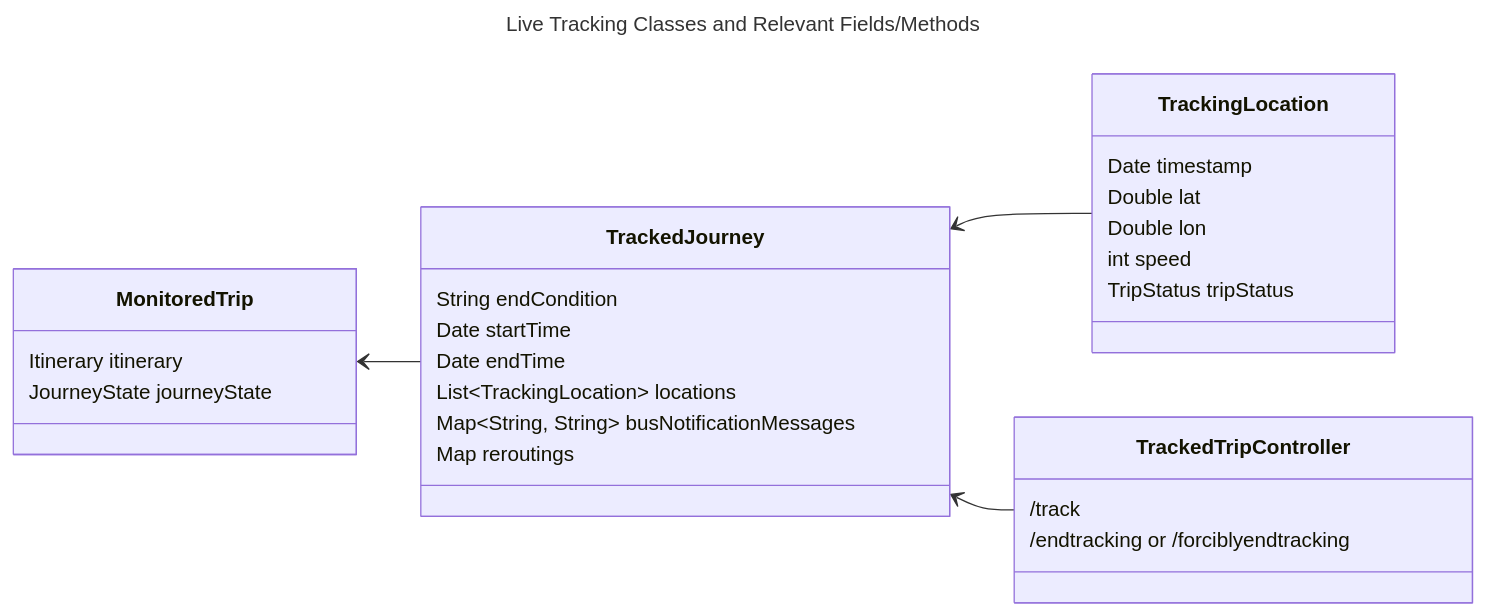
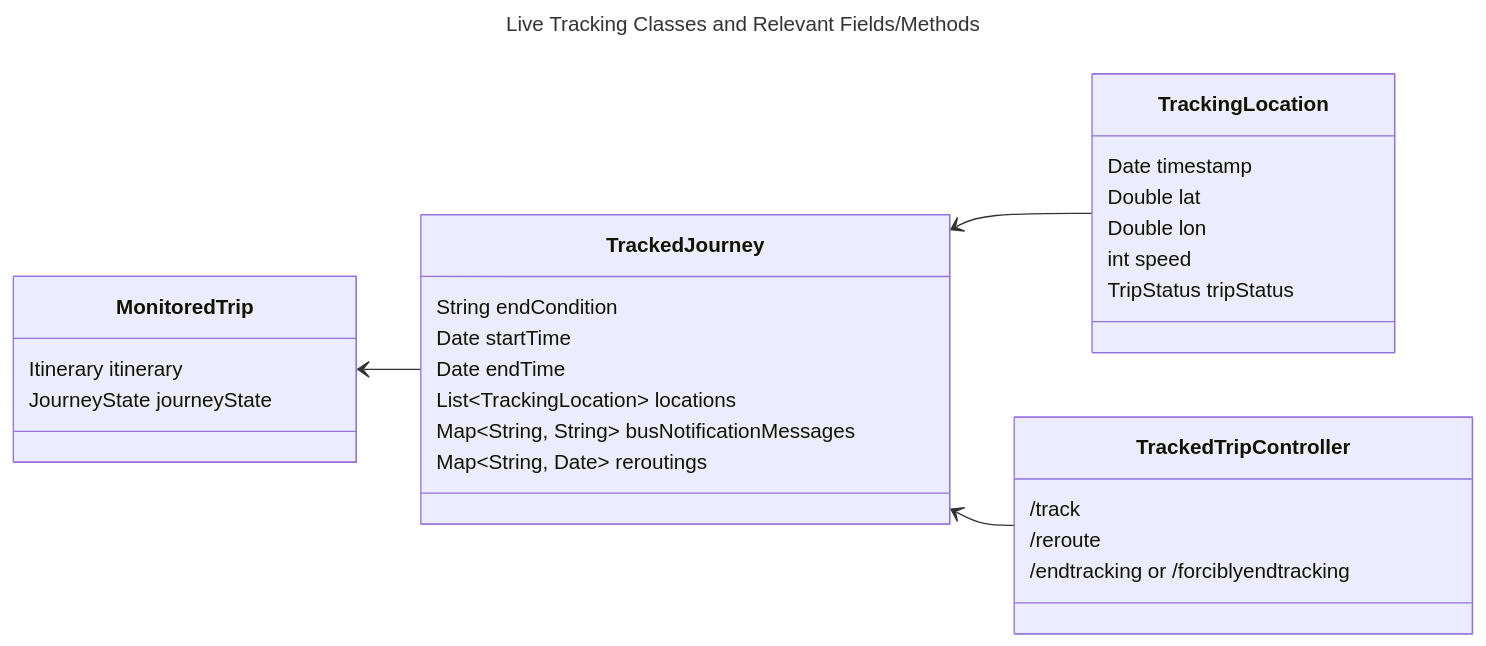
Before and after one commit to ibi-group/otp-middleware: the first of 3 diagrams in docs/live-tracking.md, drawn with Mermaid.

Commit message:
docs(live-tracking): Fix reroute items.

````diff
--- a/docs/live-tracking.md
+++ b/docs/live-tracking.md
@@ -8,34 +8,35 @@
 ```mermaid
 ---
 title: Live Tracking Classes and Relevant Fields/Methods
 ---
 classDiagram
     direction RL
     class MonitoredTrip {
         Itinerary itinerary
         JourneyState journeyState
     }
     class TrackingLocation {
         Date timestamp
         Double lat
         Double lon
         int speed
         TripStatus tripStatus
     }
     class TrackedJourney {
         String endCondition
         Date startTime
         Date endTime
         List~TrackingLocation~ locations
         Map~String, String~ busNotificationMessages
-        Map<String, Date> reroutings
+        Map~String, Date~ reroutings
     }
     class TrackedTripController {
         /track
+        /reroute
         /endtracking or /forciblyendtracking
     }
     TrackedJourney --> MonitoredTrip
     TrackingLocation --> TrackedJourney
     TrackedTripController --> TrackedJourney
 
 ```
````
